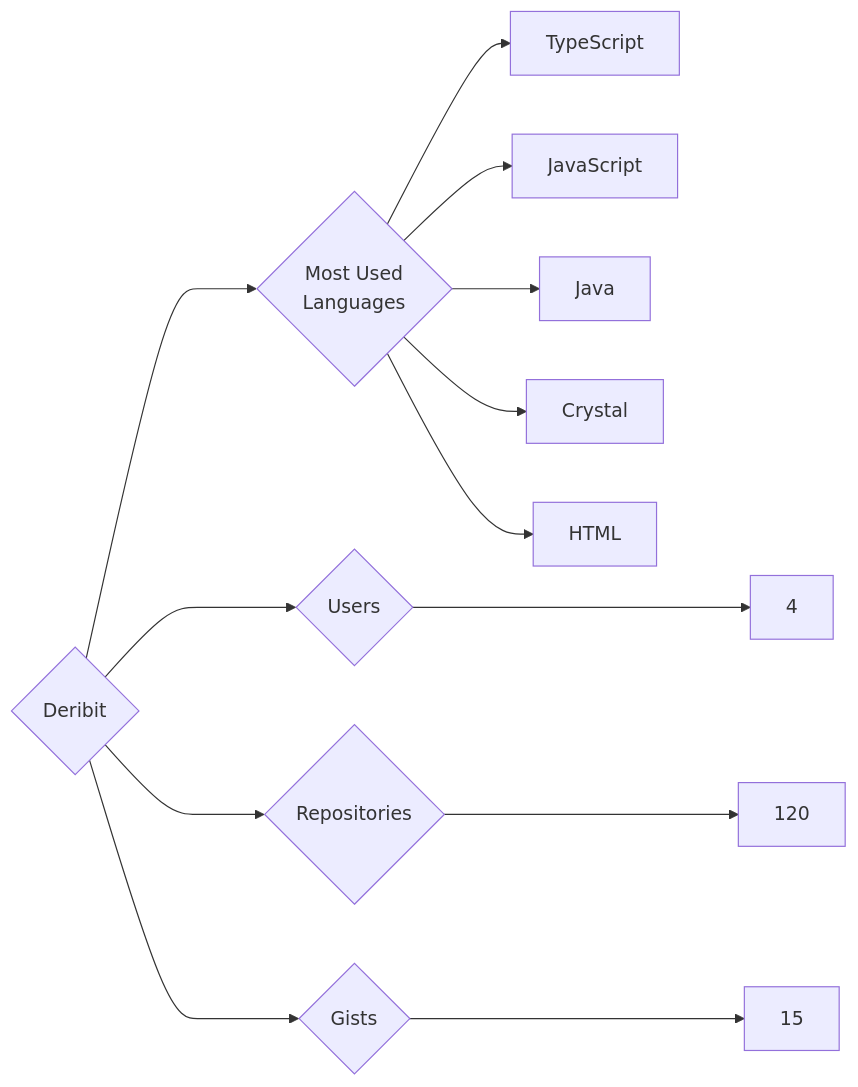
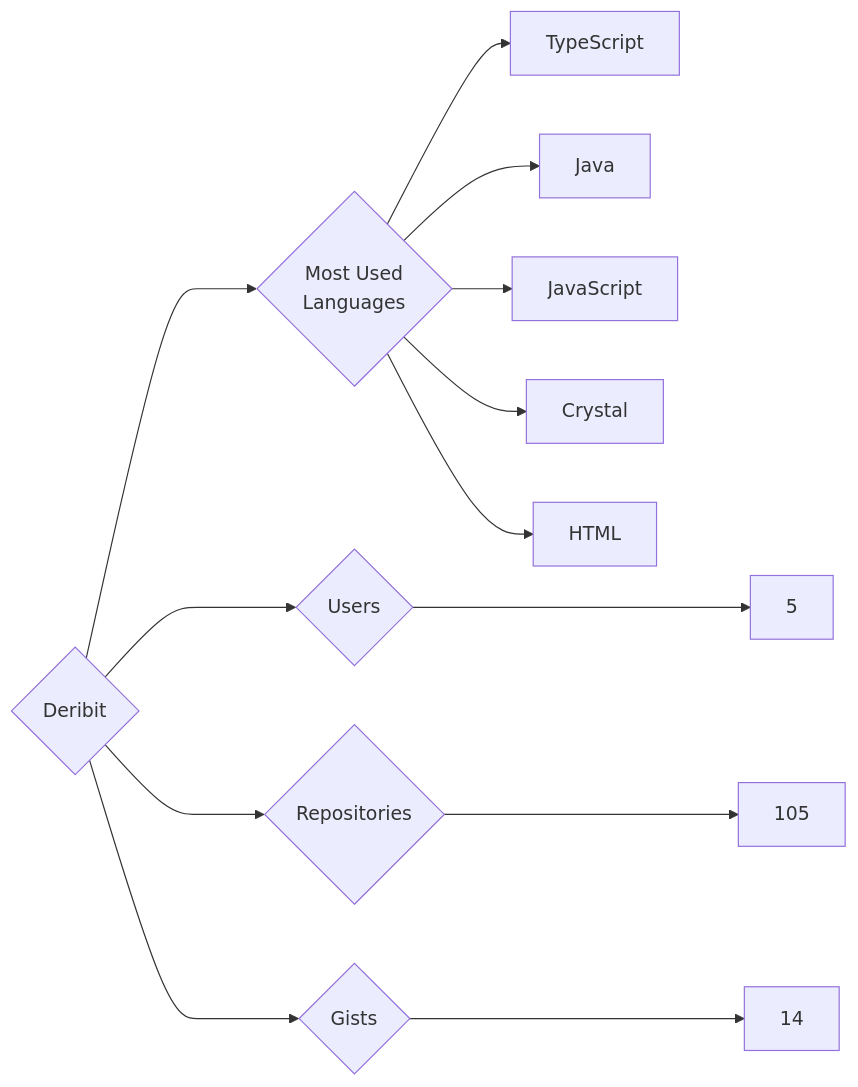
Before and after one commit to trickest/insiders: the diagram in targets/Deribit/README.md, drawn with Mermaid. The commit also changed 676 other files, not shown here.

````diff
--- a/targets/Deribit/README.md
+++ b/targets/Deribit/README.md
@@ -3,13 +3,13 @@
 ```mermaid
 graph LR
 COMPANY_NAME{Deribit}
-COMPANY_NAME ---> U{Users} ---> UN[4]
-COMPANY_NAME ---> R{Repositories} ---> RN[120]
-COMPANY_NAME ---> G{Gists} ---> GN[15]
+COMPANY_NAME ---> U{Users} ---> UN[5]
+COMPANY_NAME ---> R{Repositories} ---> RN[105]
+COMPANY_NAME ---> G{Gists} ---> GN[14]
 COMPANY_NAME ---> ML{Most Used<br>Languages}
 ML --> TypeScript[TypeScript]
+ML --> Java[Java]
 ML --> JavaScript[JavaScript]
-ML --> Java[Java]
 ML --> Crystal[Crystal]
 ML --> HTML[HTML]
 ```
````
